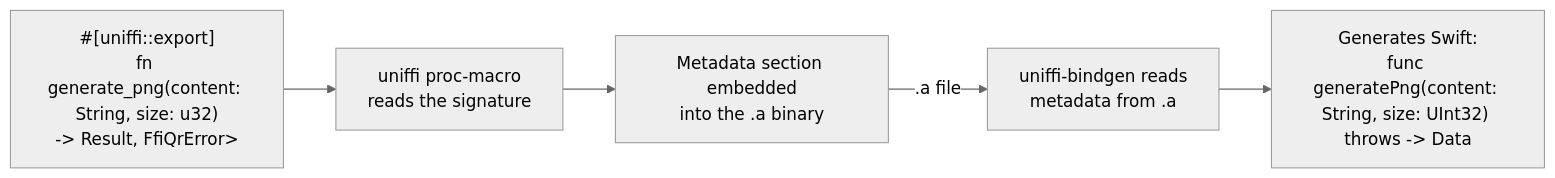
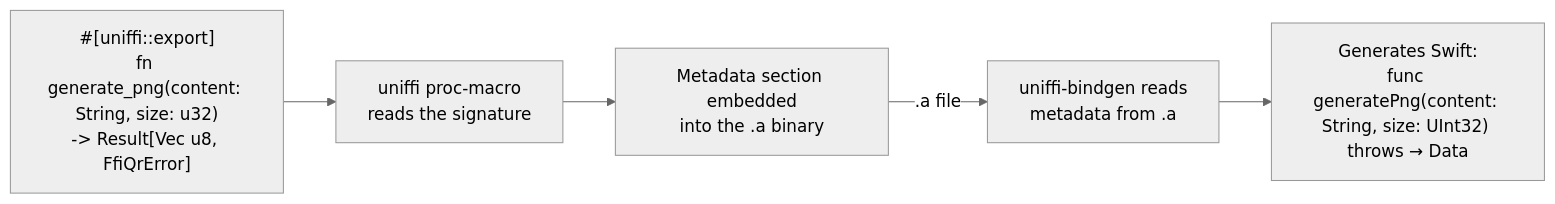
One commit to prasannajeet/RustyQR changed the second of 2 diagrams in iosApp/README.md. Above: the diagram before and after it, drawn with Mermaid (neutral theme). The commit also changed other lines of this file and 10 other files, not shown here.

````diff
--- a/iosApp/README.md
+++ b/iosApp/README.md
@@ -299,10 +333,10 @@
 ```mermaid
 graph LR
-    A["#[uniffi::export]<br/>fn generate_png(content: String, size: u32)<br/>-> Result<Vec<u8>, FfiQrError>"]
+    A["#[uniffi::export]<br/>fn generate_png(content: String, size: u32)<br/>-> Result[Vec u8, FfiQrError]"]
     B["uniffi proc-macro<br/>reads the signature"]
     C["Metadata section embedded<br/>into the .a binary"]
     D["uniffi-bindgen reads<br/>metadata from .a"]
-    E["Generates Swift:<br/>func generatePng(content: String, size: UInt32) throws -> Data"]
+    E["Generates Swift:<br/>func generatePng(content: String, size: UInt32) throws → Data"]
 
     A --> B --> C -->|".a file"| D --> E
 ```
````
